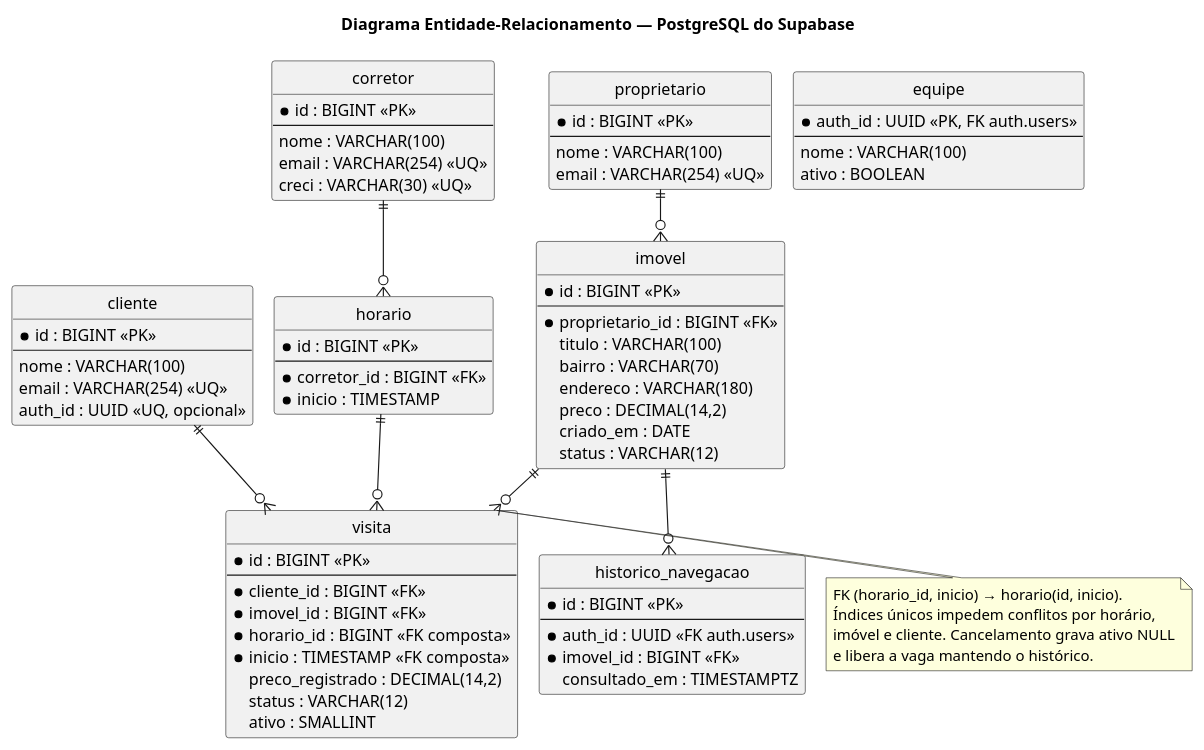
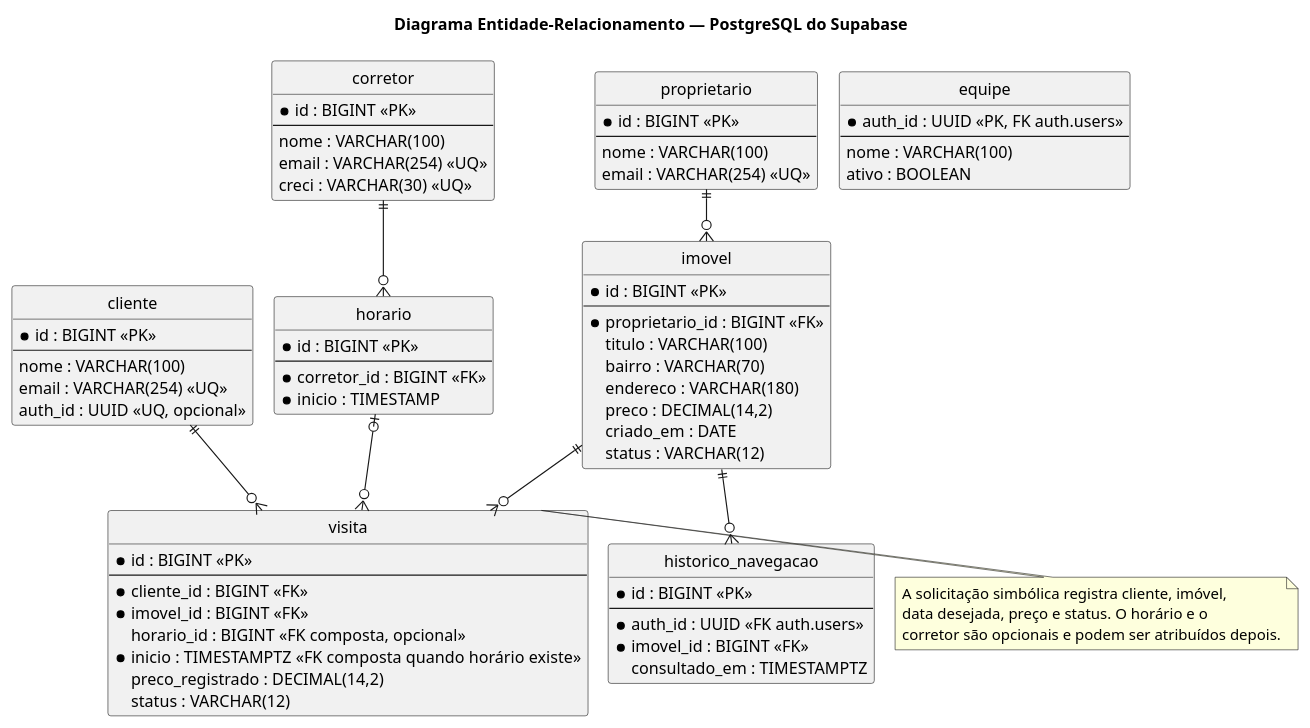
One commit to gustavoximenes/sistema-gerenciamento-imobiliaria changed the diagram in docs/der.puml. Above: the diagram before and after it, drawn with PlantUML. The commit also changed 9 other files, not shown here.

```diff
--- a/docs/der.puml
+++ b/docs/der.puml
@@ -1,80 +1,78 @@
 @startuml
 !pragma layout smetana
 skinparam shadowing false
 hide circle
 title Diagrama Entidade-Relacionamento — PostgreSQL do Supabase
 
 entity cliente {
   * id : BIGINT <<PK>>
   --
   nome : VARCHAR(100)
   email : VARCHAR(254) <<UQ>>
   auth_id : UUID <<UQ, opcional>>
 }
 entity corretor {
   * id : BIGINT <<PK>>
   --
   nome : VARCHAR(100)
   email : VARCHAR(254) <<UQ>>
   creci : VARCHAR(30) <<UQ>>
 }
 entity proprietario {
   * id : BIGINT <<PK>>
   --
   nome : VARCHAR(100)
   email : VARCHAR(254) <<UQ>>
 }
 entity imovel {
   * id : BIGINT <<PK>>
   --
   * proprietario_id : BIGINT <<FK>>
   titulo : VARCHAR(100)
   bairro : VARCHAR(70)
   endereco : VARCHAR(180)
   preco : DECIMAL(14,2)
   criado_em : DATE
   status : VARCHAR(12)
 }
 entity horario {
   * id : BIGINT <<PK>>
   --
   * corretor_id : BIGINT <<FK>>
   * inicio : TIMESTAMP
 }
 entity visita {
   * id : BIGINT <<PK>>
   --
   * cliente_id : BIGINT <<FK>>
   * imovel_id : BIGINT <<FK>>
-  * horario_id : BIGINT <<FK composta>>
-  * inicio : TIMESTAMP <<FK composta>>
+  horario_id : BIGINT <<FK composta, opcional>>
+  * inicio : TIMESTAMPTZ <<FK composta quando horário existe>>
   preco_registrado : DECIMAL(14,2)
   status : VARCHAR(12)
-  ativo : SMALLINT
 }
 entity equipe {
   * auth_id : UUID <<PK, FK auth.users>>
   --
   nome : VARCHAR(100)
   ativo : BOOLEAN
 }
 entity historico_navegacao {
   * id : BIGINT <<PK>>
   --
   * auth_id : UUID <<FK auth.users>>
   * imovel_id : BIGINT <<FK>>
   consultado_em : TIMESTAMPTZ
 }
 proprietario ||--o{ imovel
 corretor ||--o{ horario
 cliente ||--o{ visita
 imovel ||--o{ visita
-horario ||--o{ visita
+horario |o--o{ visita
 imovel ||--o{ historico_navegacao
 note right of visita
-  FK (horario_id, inicio) → horario(id, inicio).
-  Índices únicos impedem conflitos por horário,
-  imóvel e cliente. Cancelamento grava ativo NULL
-  e libera a vaga mantendo o histórico.
+  A solicitação simbólica registra cliente, imóvel,
+  data desejada, preço e status. O horário e o
+  corretor são opcionais e podem ser atribuídos depois.
 end note
 @enduml
```
